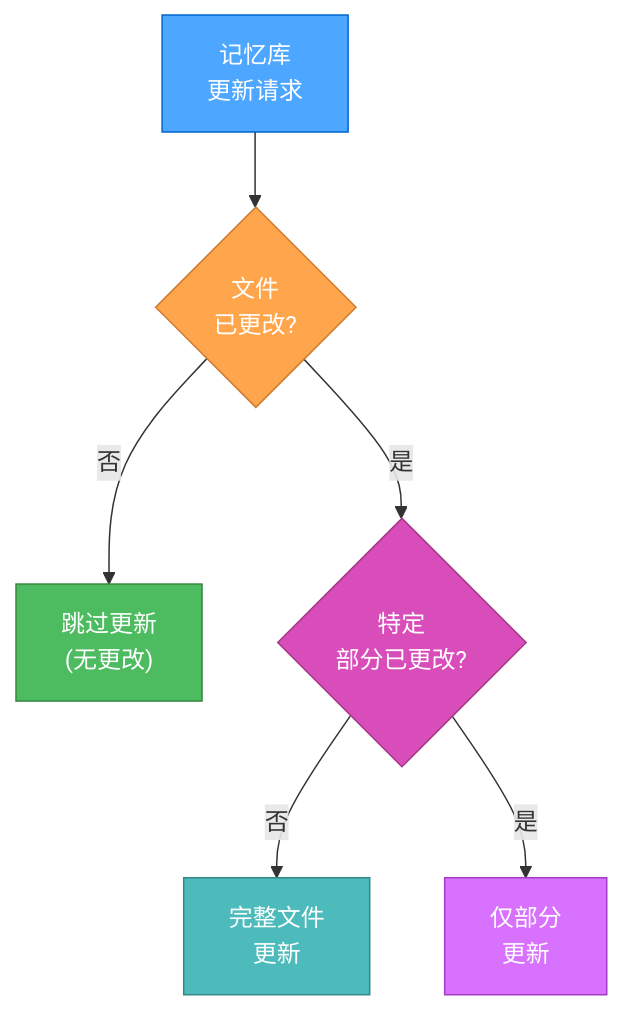
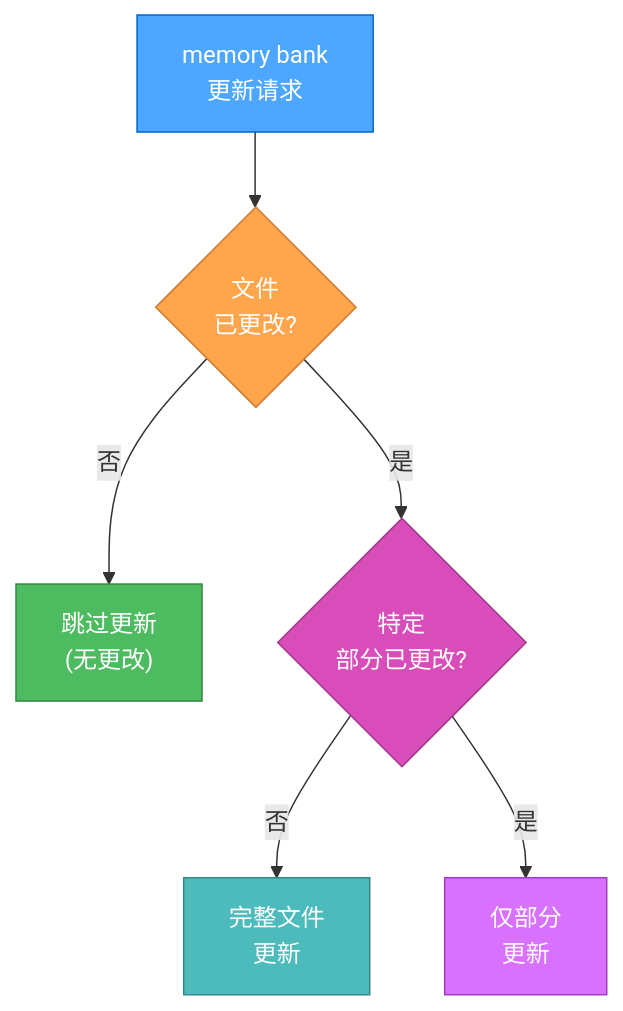
The second of 2 diagrams in .cursor/rules/isolation_rules/Core/mode-transition-optimization.mdc (autel-lizhuohang/cursor-memory-bank-cn), drawn with Mermaid before and after one commit. The commit also changed other lines of this file and 33 other files, not shown here.

````diff
--- a/.cursor/rules/isolation_rules/Core/mode-transition-optimization.mdc
+++ b/.cursor/rules/isolation_rules/Core/mode-transition-optimization.mdc
@@ -147,15 +147,15 @@
 ```mermaid
 graph TD
-    Start["记忆库<br>更新请求"] --> Check{"文件<br>已更改?"}
+    Start["memory bank<br>更新请求"] --> Check{"文件<br>已更改?"}
     Check -->|"否"| Skip["跳过更新<br>(无更改)"]
     Check -->|"是"| Changed{"特定<br>部分已更改?"}
     Changed -->|"否"| Full["完整文件<br>更新"]
     Changed -->|"是"| Partial["仅部分<br>更新"]
 
     style Start fill:#4da6ff,stroke:#0066cc,color:white
     style Check fill:#ffa64d,stroke:#cc7a30,color:white
     style Skip fill:#4dbb5f,stroke:#36873f,color:white
     style Changed fill:#d94dbb,stroke:#a3378a,color:white
     style Full fill:#4dbbbb,stroke:#368787,color:white
     style Partial fill:#d971ff,stroke:#a33bc2,color:white
 ```
````
